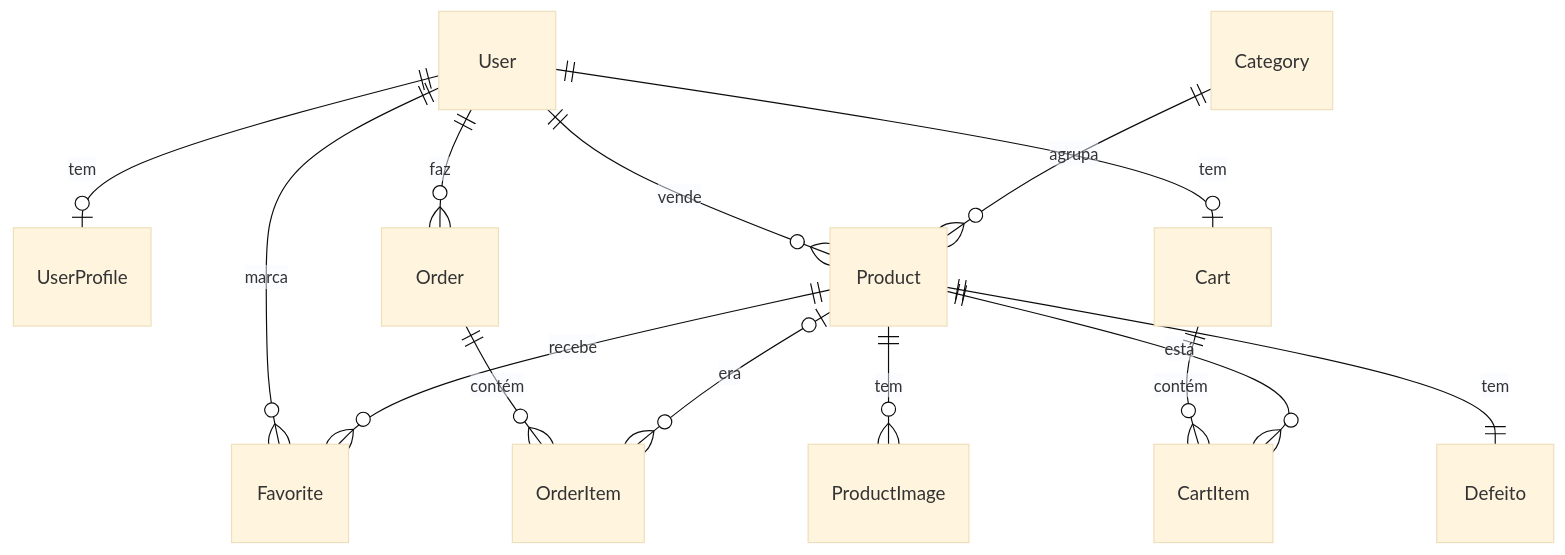
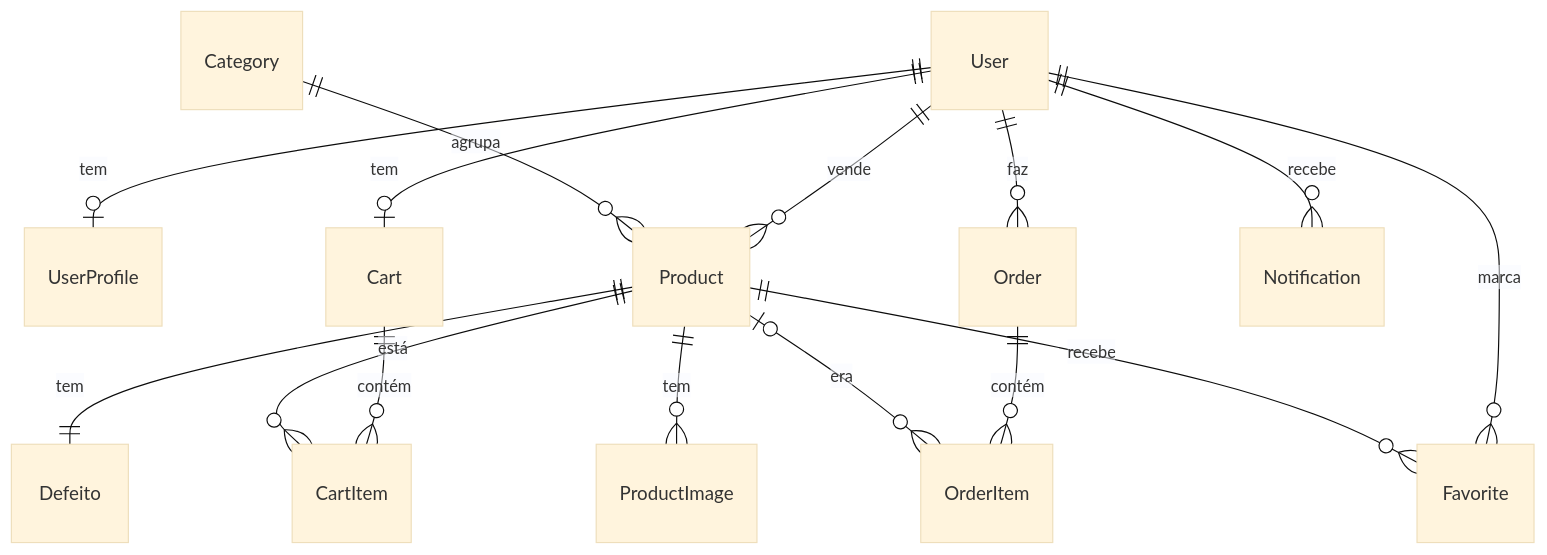
Before and after one commit to R0bbyt3/ENG4021: the diagram in fio-fora/README.md, drawn with Mermaid (base theme). The commit also changed other lines of this file and 26 other files, not shown here.

````diff
--- a/fio-fora/README.md
+++ b/fio-fora/README.md
@@ -217,16 +219,17 @@
 ```mermaid
 erDiagram
     User ||--o| UserProfile : tem
     User ||--o{ Product : vende
     Category ||--o{ Product : agrupa
     Product ||--|| Defeito : tem
     Product ||--o{ ProductImage : tem
     User ||--o| Cart : tem
     Cart ||--o{ CartItem : contém
     Product ||--o{ CartItem : está
     User ||--o{ Order : faz
     Order ||--o{ OrderItem : contém
     Product |o--o{ OrderItem : era
     User ||--o{ Favorite : marca
     Product ||--o{ Favorite : recebe
+    User ||--o{ Notification : recebe
 ```
````
